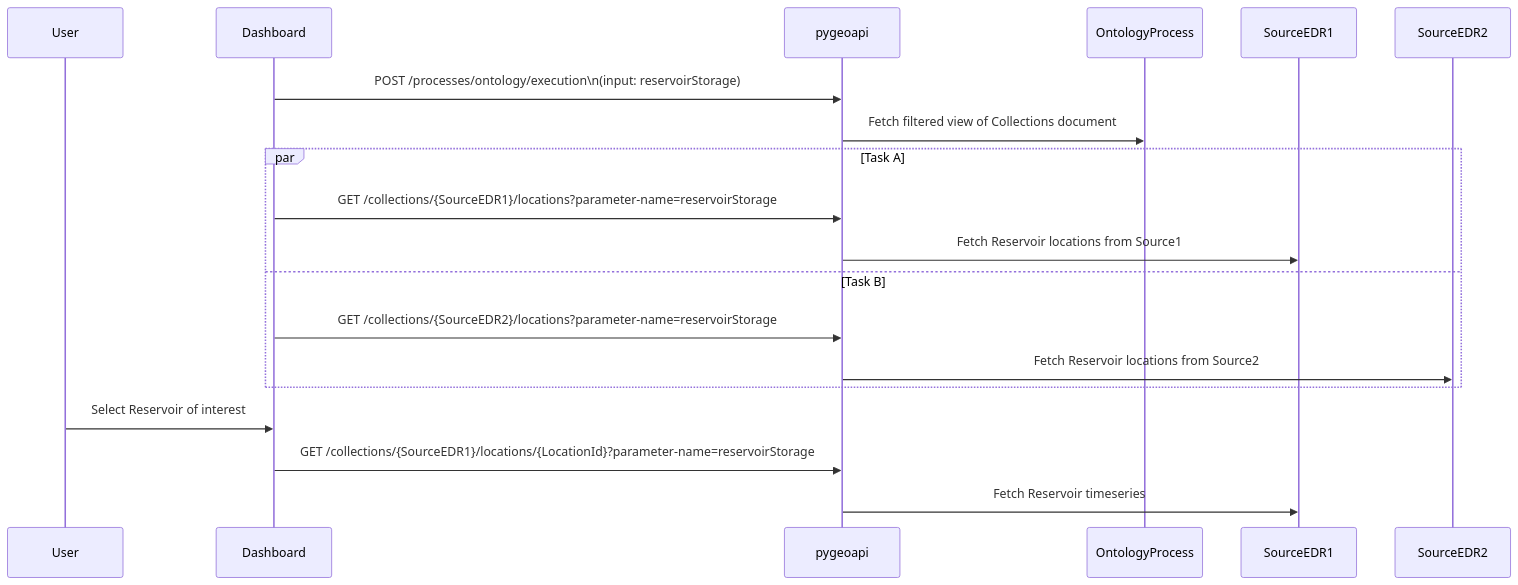
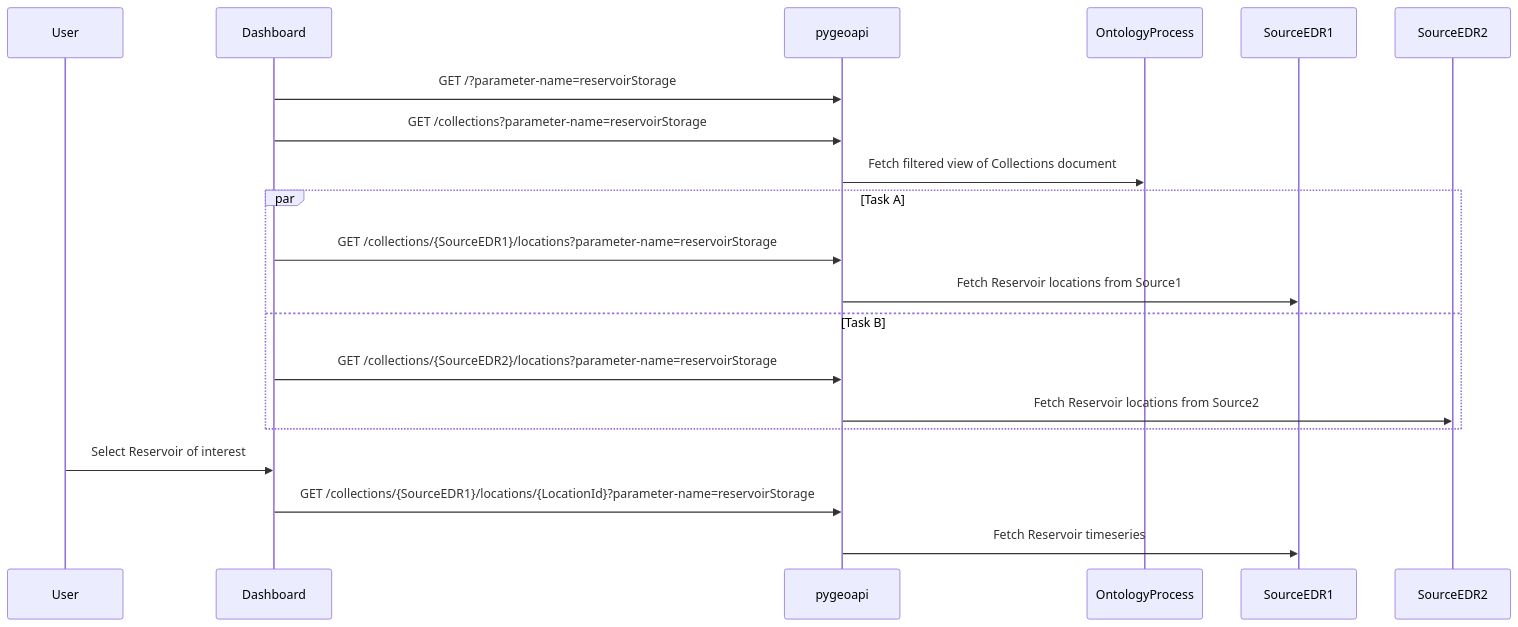
Before and after one commit to internetofwater/Western-Water-Datahub: the third of 4 diagrams in docs/ontology.md, drawn with Mermaid. The commit also changed other lines of this file and 2 other files, not shown here.

Commit message:
Update ontology abstraction

````diff
--- a/docs/ontology.md
+++ b/docs/ontology.md
@@ -52,27 +52,28 @@
 ```mermaid
 sequenceDiagram
     participant User
     participant Dashboard
     participant pygeoapi
     participant OntologyProcess
     participant SourceEDR1
     participant SourceEDR2
 
     %% Initial discovery via process execution
-    Dashboard->>pygeoapi: POST /processes/ontology/execution\n(input: reservoirStorage)
+    Dashboard->>pygeoapi: GET /?parameter-name=reservoirStorage
+    Dashboard->>pygeoapi: GET /collections?parameter-name=reservoirStorage
     pygeoapi->>OntologyProcess: Fetch filtered view of Collections document
 
     %% Loop over URLs to GeoJSON of Reservoirs
     par Task A
         Dashboard->>pygeoapi: GET /collections/{SourceEDR1}/locations?parameter-name=reservoirStorage
         pygeoapi->>SourceEDR1: Fetch Reservoir locations from Source1
     and Task B
         Dashboard->>pygeoapi: GET /collections/{SourceEDR2}/locations?parameter-name=reservoirStorage
         pygeoapi->>SourceEDR2: Fetch Reservoir locations from Source2
 
     end
 
     User->>Dashboard: Select Reservoir of interest
     Dashboard->>pygeoapi: GET /collections/{SourceEDR1}/locations/{LocationId}?parameter-name=reservoirStorage
     pygeoapi->>SourceEDR1: Fetch Reservoir timeseries
 ```
````
